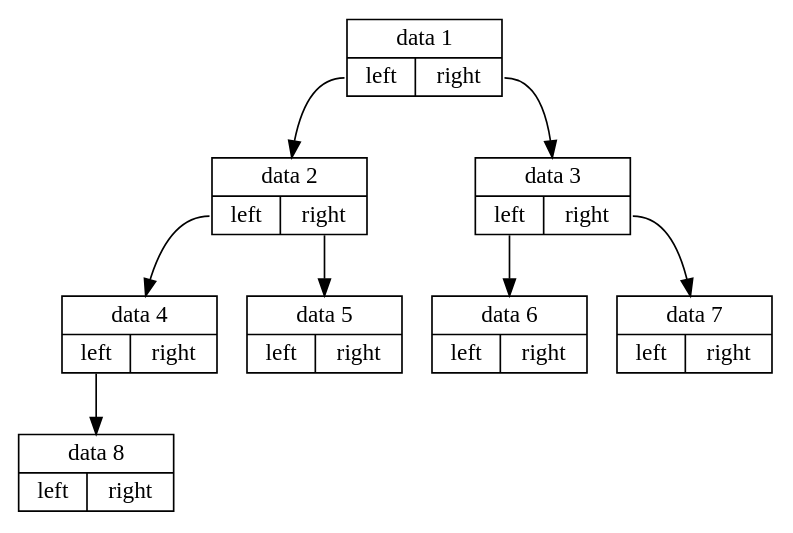
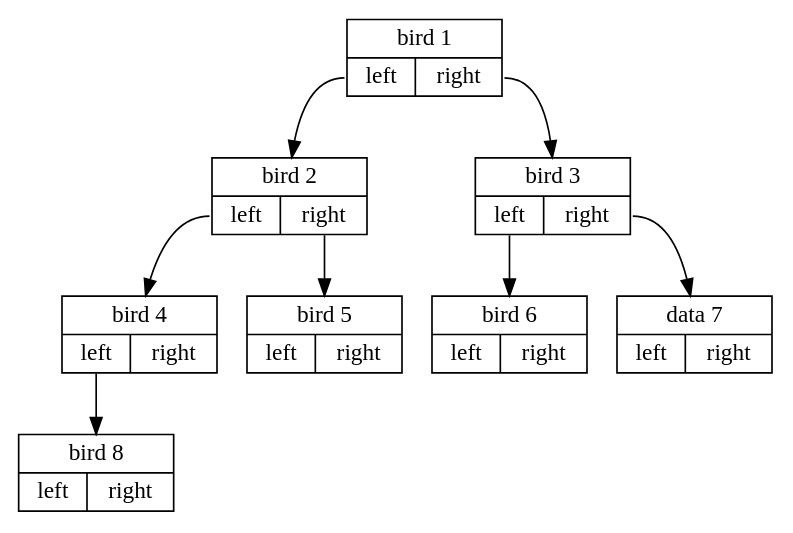
The diagram in paper/figs/btree.dot (b-k/apophenia), drawn with Graphviz before and after one commit. The commit also changed 11 other files, not shown here.

```diff
--- a/paper/figs/btree.dot
+++ b/paper/figs/btree.dot
@@ -1,42 +1,42 @@
 digraph {
 
 "p1" [
-        label = "{data 1 |{<f7>left|<f8>right}}"
+        label = "{bird 1 |{<f7>left|<f8>right}}"
         shape = "record"
         ];
 p1:f7 -> p2;
 p1:f8 -> p3;
 "p2" [
-        label = "{data 2|{<f7>left|<f8>right}}"
+        label = "{bird 2|{<f7>left|<f8>right}}"
         shape = "record"
         ];
 p2:f7 -> p4;
 p2:f8 -> p5;
 "p3" [
-        label = "{data 3|{<f7>left|<f8>right}}"
+        label = "{bird 3|{<f7>left|<f8>right}}"
         shape = "record"
         ];
 p3:f7 -> p6;
 p3:f8 -> p7;
 "p4" [
-        label = "{data 4|{<f7>left|<f8>right}}"
+        label = "{bird 4|{<f7>left|<f8>right}}"
         shape = "record"
         ];
 p4:f7 -> p8;
 "p5" [
-        label = "{data 5|{<f7>left|<f8>right}}"
+        label = "{bird 5|{<f7>left|<f8>right}}"
         shape = "record"
         ];
 "p6" [
-        label = "{data 6|{<f7>left|<f8>right}}"
+        label = "{bird 6|{<f7>left|<f8>right}}"
         shape = "record"
         ];
 "p7" [
         label = "{data 7|{<f7>left|<f8>right}}"
         shape = "record"
         ];
 "p8" [
-        label = "{data 8|{<f7>left|<f8>right}}"
+        label = "{bird 8|{<f7>left|<f8>right}}"
         shape = "record"
         ];
 }
```
